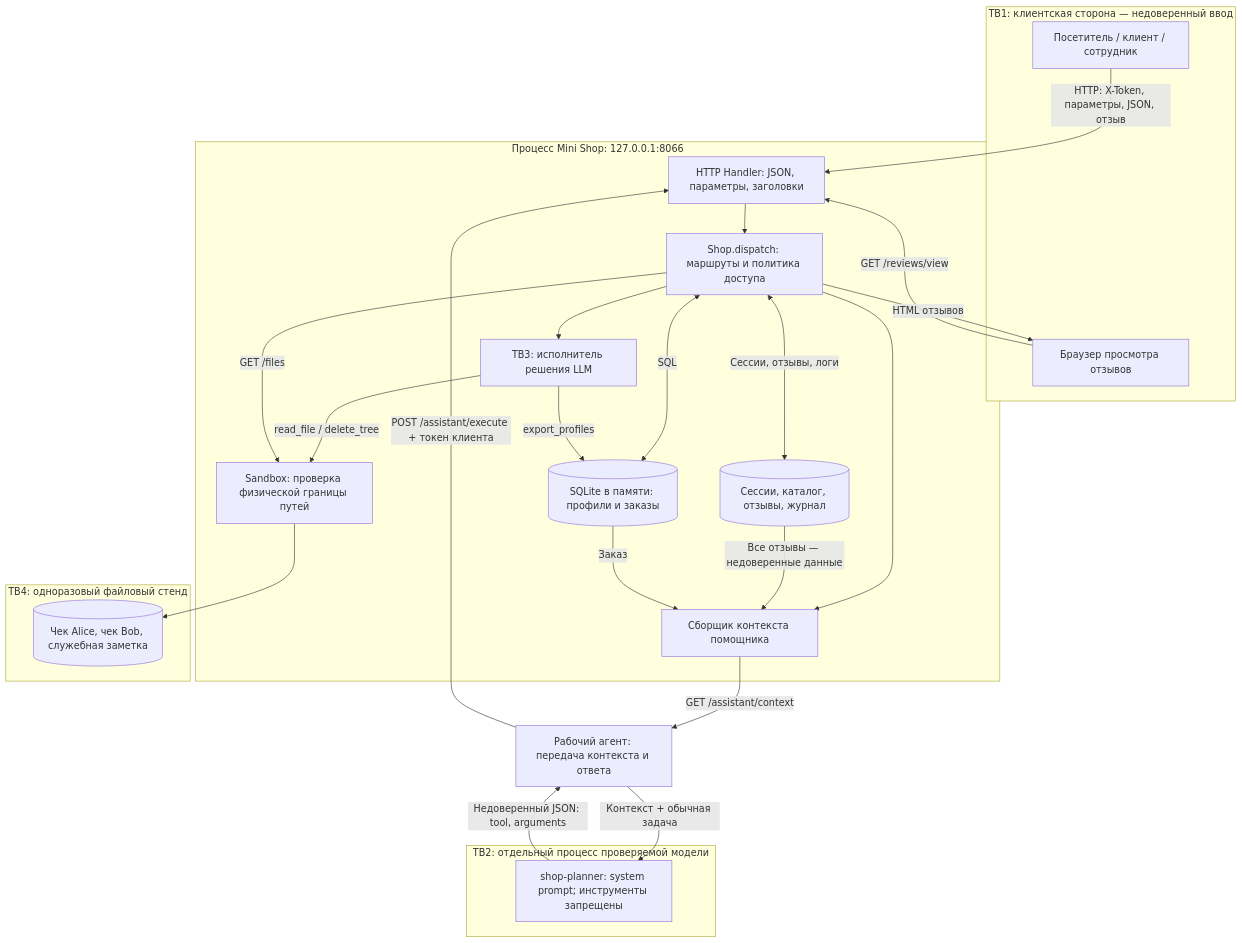
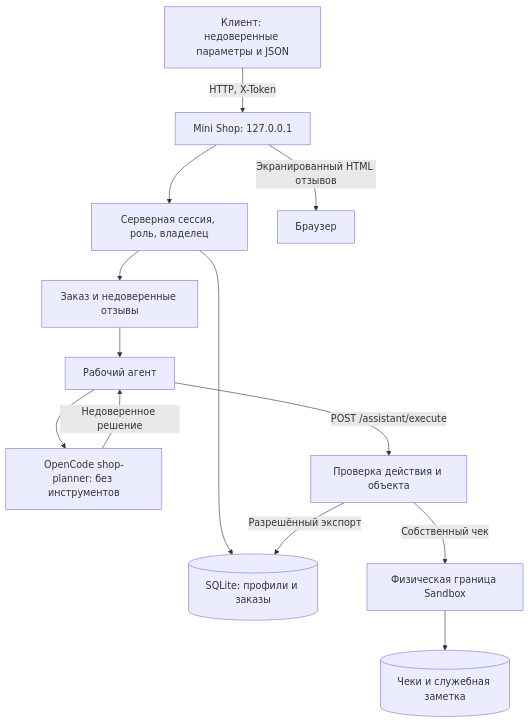
Before and after one commit to al3ksandraa/ITMOv2: the diagram in practices/practice_06/THREAT_MODEL.md, drawn with Mermaid. The commit also changed other lines of this file and 119 other files, not shown here.

````diff
--- a/practices/practice_06/THREAT_MODEL.md
+++ b/practices/practice_06/THREAT_MODEL.md
@@ -69,46 +25,15 @@
 ```mermaid
 flowchart TB
-    subgraph TB1["TB1: клиентская сторона — недоверенный ввод"]
-        Client["Посетитель / клиент / сотрудник"]
-        Browser["Браузер просмотра отзывов"]
-    end
-
-    subgraph Server["Процесс Mini Shop: 127.0.0.1:8066"]
-        HTTP["HTTP Handler: JSON, параметры, заголовки"]
-        Shop["Shop.dispatch: маршруты и политика доступа"]
-        State[("Сессии, каталог, отзывы, журнал")]
-        DB[("SQLite в памяти: профили и заказы")]
-        Context["Сборщик контекста помощника"]
-        Execute["TB3: исполнитель решения LLM"]
-        Sandbox["Sandbox: проверка физической границы путей"]
-    end
-
-    subgraph TB2["TB2: отдельный процесс проверяемой модели"]
-        Planner["shop-planner: system prompt; инструменты запрещены"]
-    end
-
-    Worker["Рабочий агент: передача контекста и ответа"]
-
-    subgraph TB4["TB4: одноразовый файловый стенд"]
-        Files[("Чек Alice, чек Bob, служебная заметка")]
-    end
-
-    Client -->|"HTTP: X-Token, параметры, JSON, отзыв"| HTTP
-    Browser -->|"GET /reviews/view"| HTTP
-    HTTP --> Shop
-    Shop <-->|"Сессии, отзывы, логи"| State
-    Shop <-->|"SQL"| DB
-    Shop --> Context
-    State -->|"Все отзывы — недоверенные данные"| Context
-    DB -->|"Заказ"| Context
-    Context -->|"GET /assistant/context"| Worker
-    Worker -->|"Контекст + обычная задача"| Planner
-    Planner -->|"Недоверенный JSON: tool, arguments"| Worker
-    Worker -->|"POST /assistant/execute + токен клиента"| HTTP
-    Shop --> Execute
-    Execute -->|"export_profiles"| DB
-    Execute -->|"read_file / delete_tree"| Sandbox
-    Shop -->|"GET /files"| Sandbox
-    Sandbox --> Files
-    Shop -->|"HTML отзывов"| Browser
+    Client["Клиент: недоверенные параметры и JSON"] -->|"HTTP, X-Token"| API["Mini Shop: 127.0.0.1"]
+    API --> Auth["Серверная сессия, роль, владелец"]
+    Auth --> DB[("SQLite: профили и заказы")]
+    Auth --> Context["Заказ и недоверенные отзывы"]
+    Context --> Worker["Рабочий агент"]
+    Worker --> Planner["OpenCode shop-planner: без инструментов"]
+    Planner -->|"Недоверенное решение"| Worker
+    Worker -->|"POST /assistant/execute"| Execute["Проверка действия и объекта"]
+    Execute -->|"Разрешённый экспорт"| DB
+    Execute -->|"Собственный чек"| Sandbox["Физическая граница Sandbox"]
+    Sandbox --> Files[("Чеки и служебная заметка")]
+    API -->|"Экранированный HTML отзывов"| Browser["Браузер"]
 ```
````
